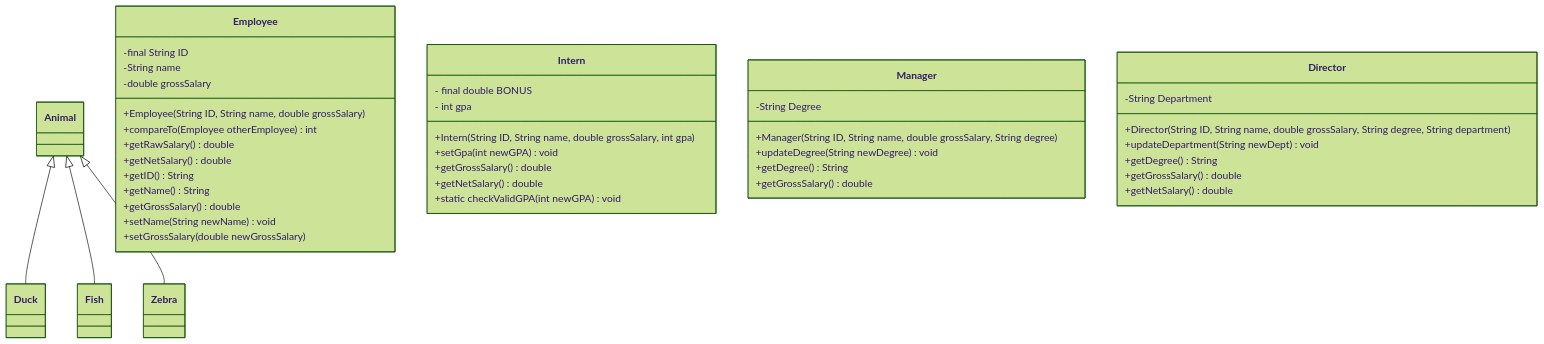
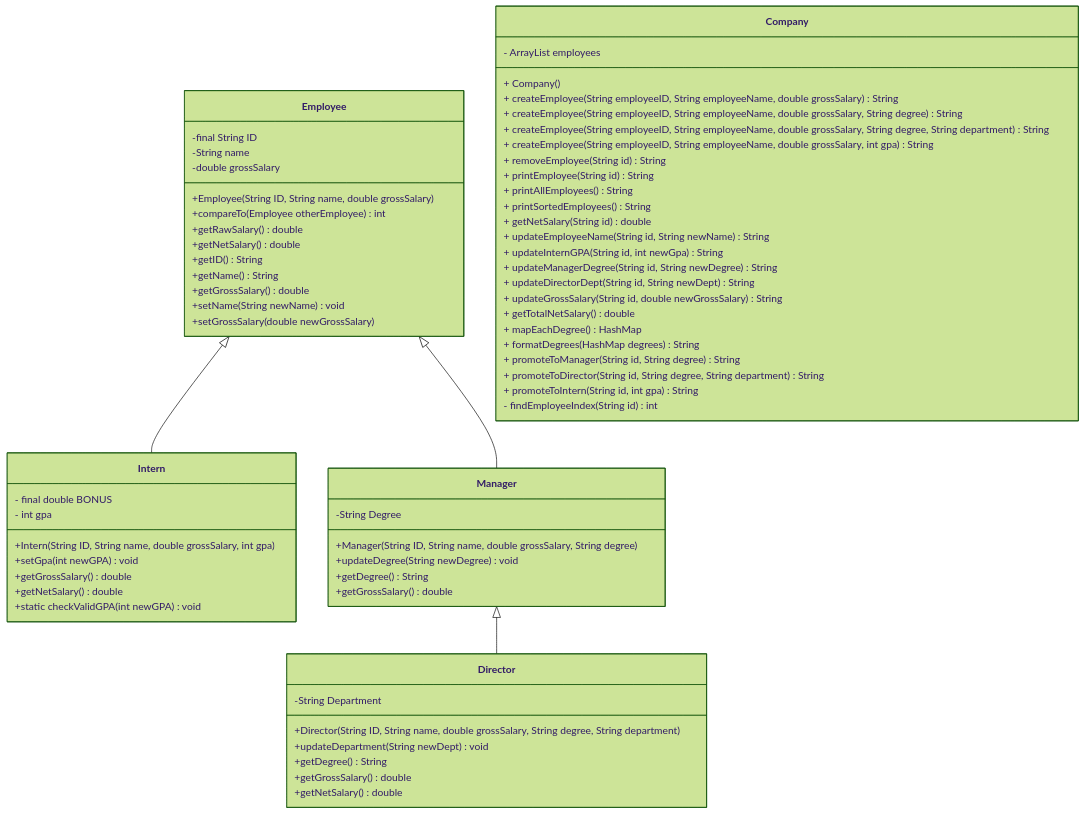
One commit to michalspano/employee-system changed the diagram in docs/ionel_class_diagrams.md. Above: the diagram before and after it, drawn with Mermaid (forest theme).

````diff
--- a/docs/ionel_class_diagrams.md
+++ b/docs/ionel_class_diagrams.md
@@ -1,48 +1,74 @@
 ``` mermaid
 classDiagram
-    Animal <|-- Duck
-    Animal <|-- Fish
-    Animal <|-- Zebra
+    Employee <|-- Intern
+    Employee <|-- Manager
+    Manager <|-- Director
 
     class Employee {
         -final String ID
         -String name
         -double grossSalary
         +Employee(String ID, String name, double grossSalary)
         +compareTo(Employee otherEmployee) int
         +getRawSalary() double
         +getNetSalary() double
         +getID() String
         +getName() String
         +getGrossSalary() double
         +setName(String newName) void
         +setGrossSalary(double newGrossSalary)
     }
     
-    class Intern{
+    class Intern {
         - final double BONUS
         - int gpa
         +Intern(String ID, String name, double grossSalary, int gpa)
         +setGpa(int newGPA) void
         +getGrossSalary() double
         +getNetSalary() double
         +static checkValidGPA(int newGPA) void
     }
 
-    class Manager{
+    class Manager {
         -String Degree
         +Manager(String ID, String name, double grossSalary, String degree)
         +updateDegree(String newDegree) void
         +getDegree() String
         +getGrossSalary() double
     }
 
-    class Director{
+    class Director {
         -String Department
         +Director(String ID, String name, double grossSalary, String degree, String department)
         +updateDepartment(String newDept) void
         +getDegree() String
         +getGrossSalary() double
         +getNetSalary() double
     }
+
+    class Company {
+        - ArrayList<Employee> employees
+        + Company()
+        + createEmployee(String employeeID, String employeeName, double grossSalary) String
+        + createEmployee(String employeeID, String employeeName, double grossSalary, String degree) String
+        + createEmployee(String employeeID, String employeeName, double grossSalary, String degree, String department) String
+        + createEmployee(String employeeID, String employeeName, double grossSalary, int gpa) String
+        + removeEmployee(String id) String
+        + printEmployee(String id) String
+        + printAllEmployees() String
+        + printSortedEmployees() String
+        + getNetSalary(String id) double
+        + updateEmployeeName(String id, String newName) String
+        + updateInternGPA(String id, int newGpa) String
+        + updateManagerDegree(String id, String newDegree) String
+        + updateDirectorDept(String id, String newDept) String
+        + updateGrossSalary(String id, double newGrossSalary) String
+        + getTotalNetSalary() double
+        + mapEachDegree() HashMap<String, Integer>
+        + formatDegrees(HashMap<String, Integer> degrees) String
+        + promoteToManager(String id, String degree) String
+        + promoteToDirector(String id, String degree, String department) String
+        + promoteToIntern(String id, int gpa) String
+        - findEmployeeIndex(String id) int
+    }
 ```
````
